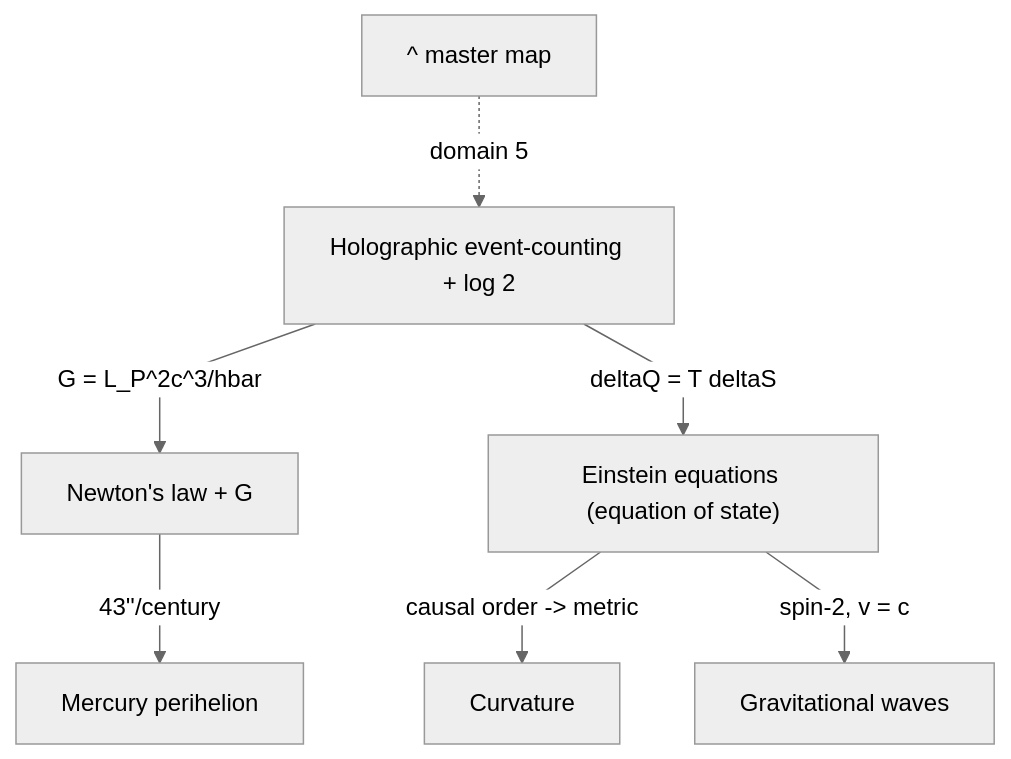
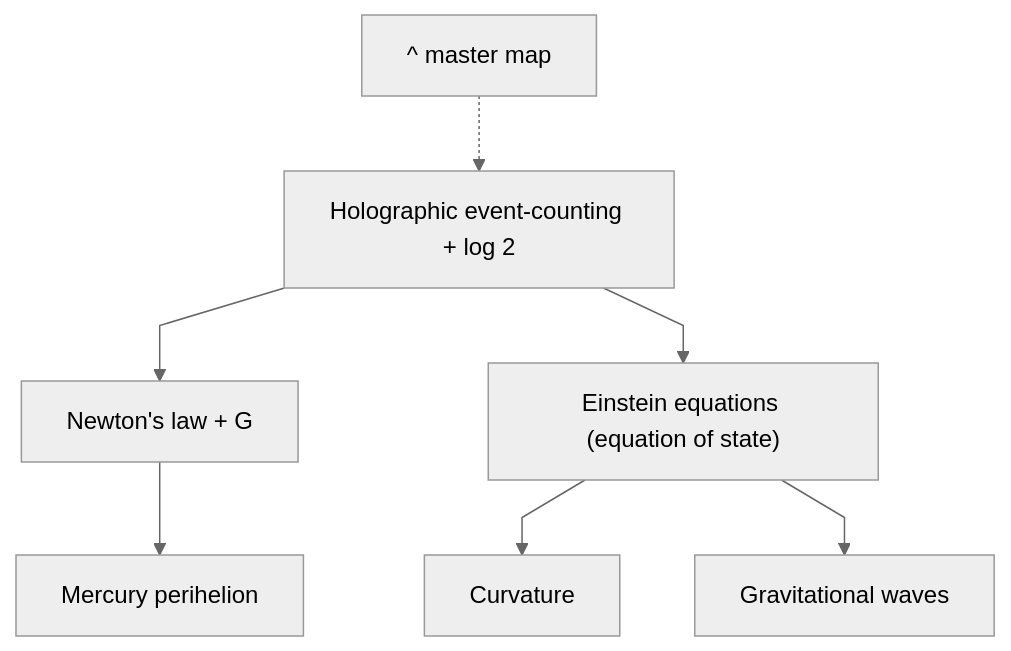
Before and after one commit to jimscarver/quantum-logical-framework: the sixth of 11 diagrams in FlowChart.md, drawn with Mermaid. The commit also changed other lines of this file, not shown here.

First line of the commit message:
FlowChart.md: remove edge labels, move connectors to text legends (definitive GitHub render fix)

````diff
--- a/FlowChart.md
+++ b/FlowChart.md
@@ -125,10 +135,10 @@
 ```mermaid
 %%{init: {"theme":"neutral", "flowchart": {"curve": "linear"}}}%%
 flowchart TD
-  H5["^ master map"] -.->|"domain 5"| HO["Holographic event-counting + log 2"]
-  HO -->|"G = L_P^2c^3/hbar"| NG["Newton's law + G"]
-  NG -->|"43''/century"| ME["Mercury perihelion"]
-  HO -->|"deltaQ = T deltaS"| EE["Einstein equations (equation of state)"]
-  EE -->|"causal order -> metric"| CV["Curvature"]
-  EE -->|"spin-2, v = c"| GW["Gravitational waves"]
+  H5["^ master map"] -.-> HO["Holographic event-counting + log 2"]
+  HO --> NG["Newton's law + G"]
+  NG --> ME["Mercury perihelion"]
+  HO --> EE["Einstein equations (equation of state)"]
+  EE --> CV["Curvature"]
+  EE --> GW["Gravitational waves"]
 ```
````
